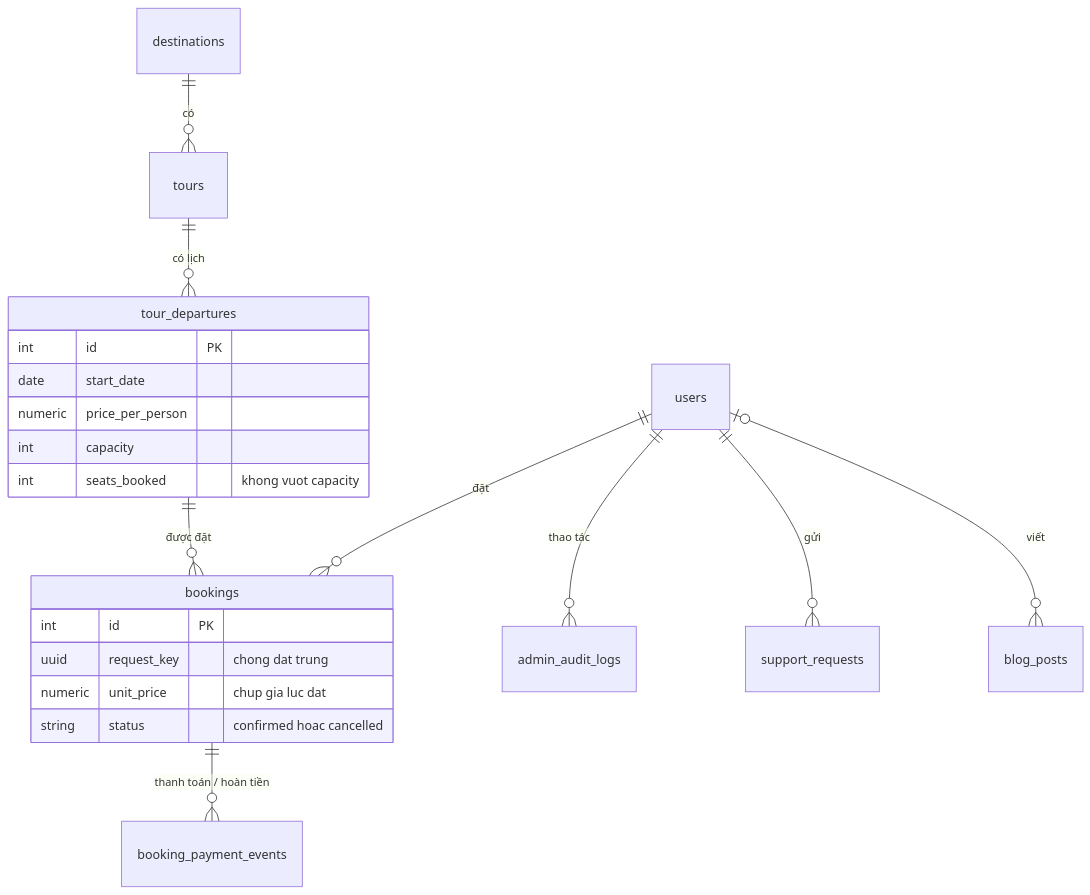
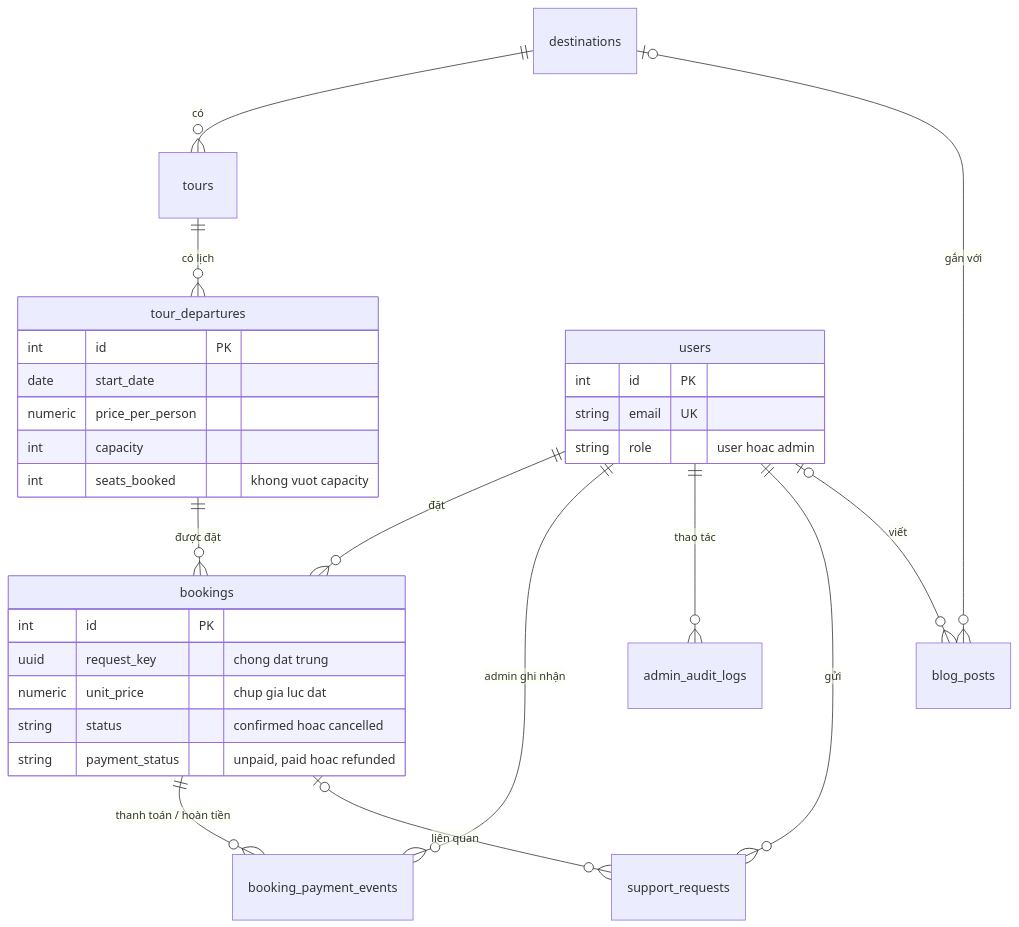
The diagram in README.md (khoan2202/travel_AI_booking), drawn with Mermaid before and after one commit. The commit also changed other lines of this file, not shown here.

````diff
--- a/README.md
+++ b/README.md
@@ -75,24 +101,33 @@
 ```mermaid
 erDiagram
     destinations ||--o{ tours : "có"
     tours ||--o{ tour_departures : "có lịch"
     users ||--o{ bookings : "đặt"
     tour_departures ||--o{ bookings : "được đặt"
     bookings ||--o{ booking_payment_events : "thanh toán / hoàn tiền"
+    users ||--o{ booking_payment_events : "admin ghi nhận"
     users ||--o{ admin_audit_logs : "thao tác"
     users ||--o{ support_requests : "gửi"
+    bookings |o--o{ support_requests : "liên quan"
+    destinations |o--o{ blog_posts : "gắn với"
     users |o--o{ blog_posts : "viết"
+    users {
+        int id PK
+        string email UK
+        string role "user hoac admin"
+    }
     tour_departures {
         int id PK
         date start_date
         numeric price_per_person
         int capacity
         int seats_booked "khong vuot capacity"
     }
     bookings {
         int id PK
         uuid request_key "chong dat trung"
         numeric unit_price "chup gia luc dat"
         string status "confirmed hoac cancelled"
+        string payment_status "unpaid, paid hoac refunded"
     }
 ```
````
